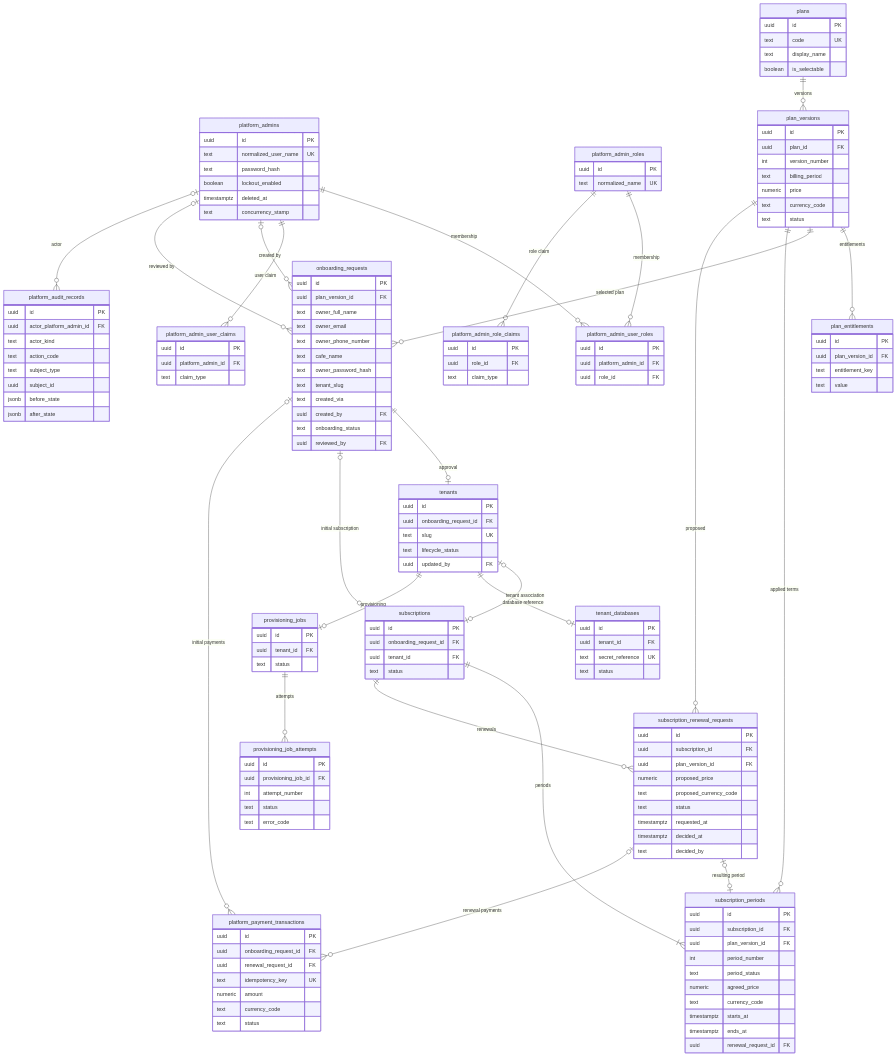
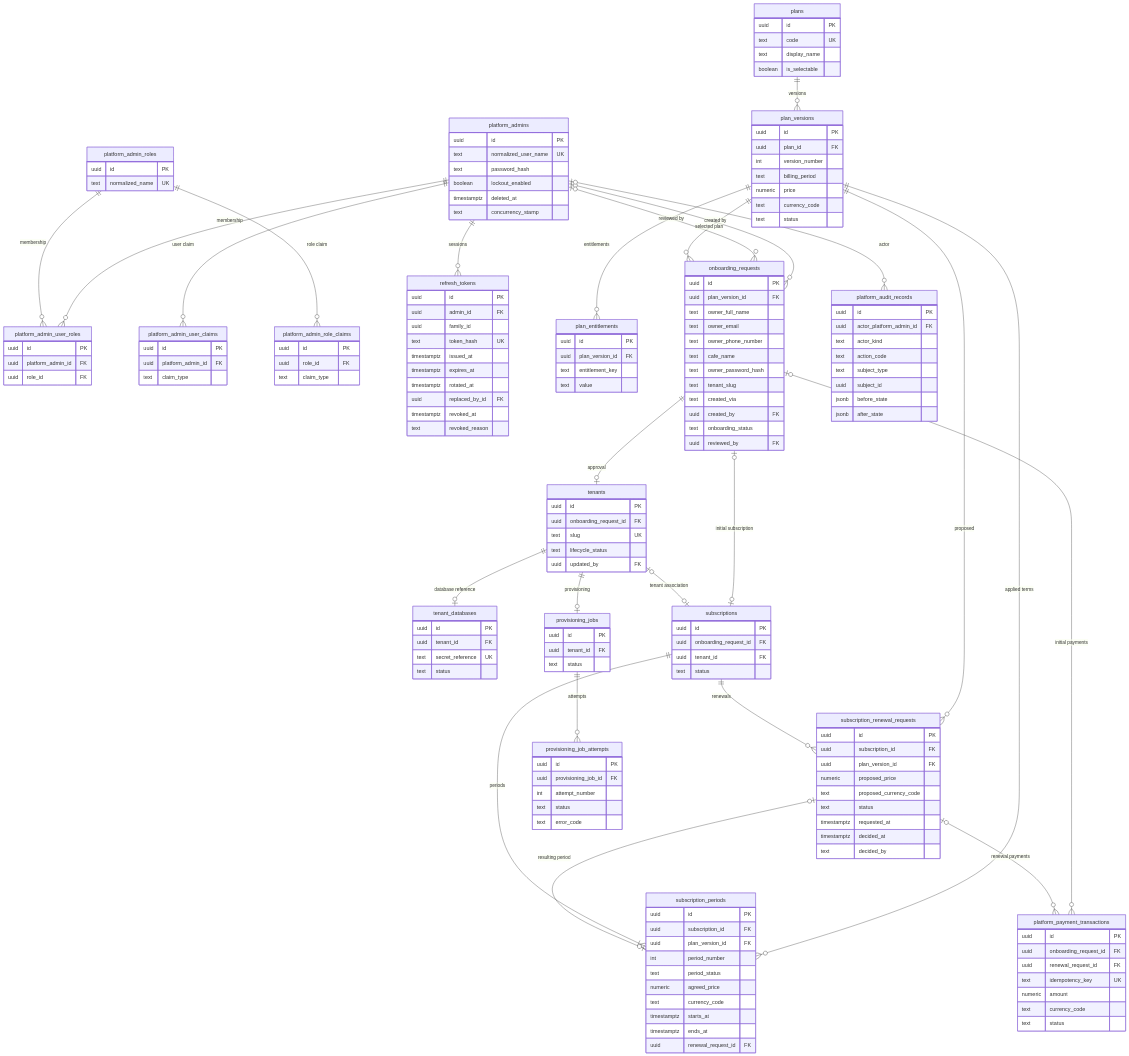
The diagram in architecture/erd-master.md (Cafe-Sass/CafeHub-Backend), drawn with Mermaid before and after one commit. The commit also changed other lines of this file, not shown here.

First line of the commit message:
docs(architecture): design refresh tokens table in master erd

```diff
--- a/architecture/erd-master.md
+++ b/architecture/erd-master.md
@@ -32,6 +32,18 @@
         uuid id PK
         uuid role_id FK
         text claim_type
+    }
+    refresh_tokens {
+        uuid id PK
+        uuid admin_id FK
+        uuid family_id
+        text token_hash UK
+        timestamptz issued_at
+        timestamptz expires_at
+        timestamptz rotated_at
+        uuid replaced_by_id FK
+        timestamptz revoked_at
+        text revoked_reason
     }
     plans {
         uuid id PK
@@ -145,6 +157,7 @@
     platform_admin_roles ||--o{ platform_admin_user_roles : "membership"
     platform_admins ||--o{ platform_admin_user_claims : "user claim"
     platform_admin_roles ||--o{ platform_admin_role_claims : "role claim"
+    platform_admins ||--o{ refresh_tokens : "sessions"
     platform_admins |o--o{ onboarding_requests : "created by"
     platform_admins |o--o{ onboarding_requests : "reviewed by"
     onboarding_requests ||--o| tenants : "approval"
```
